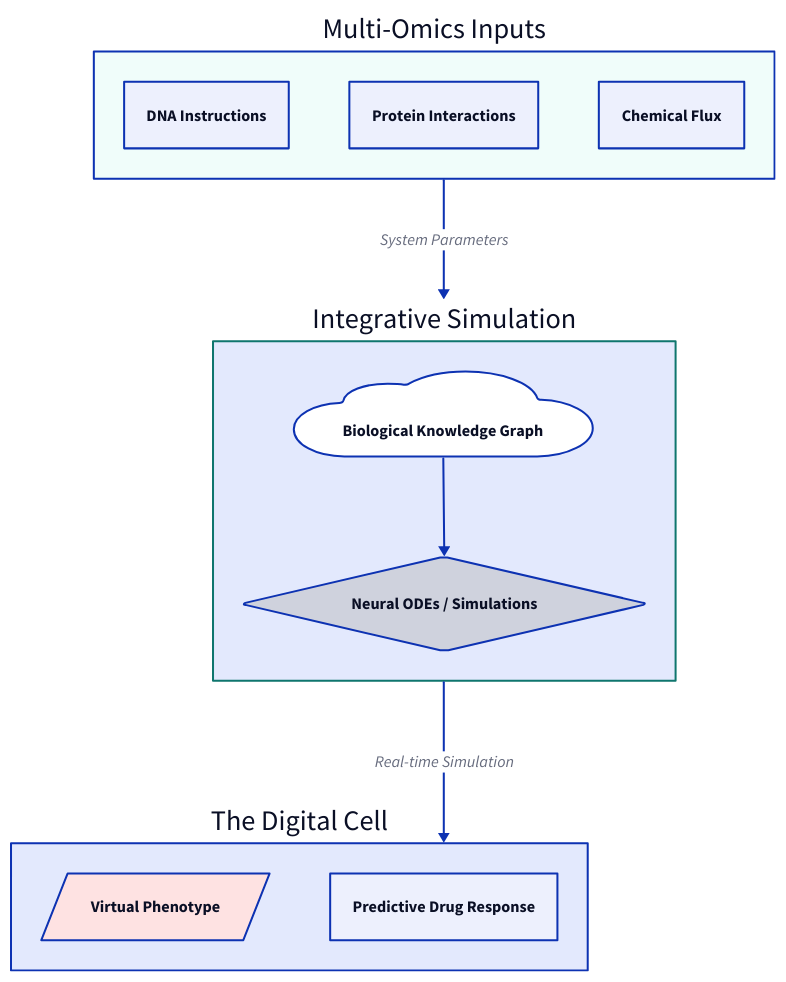
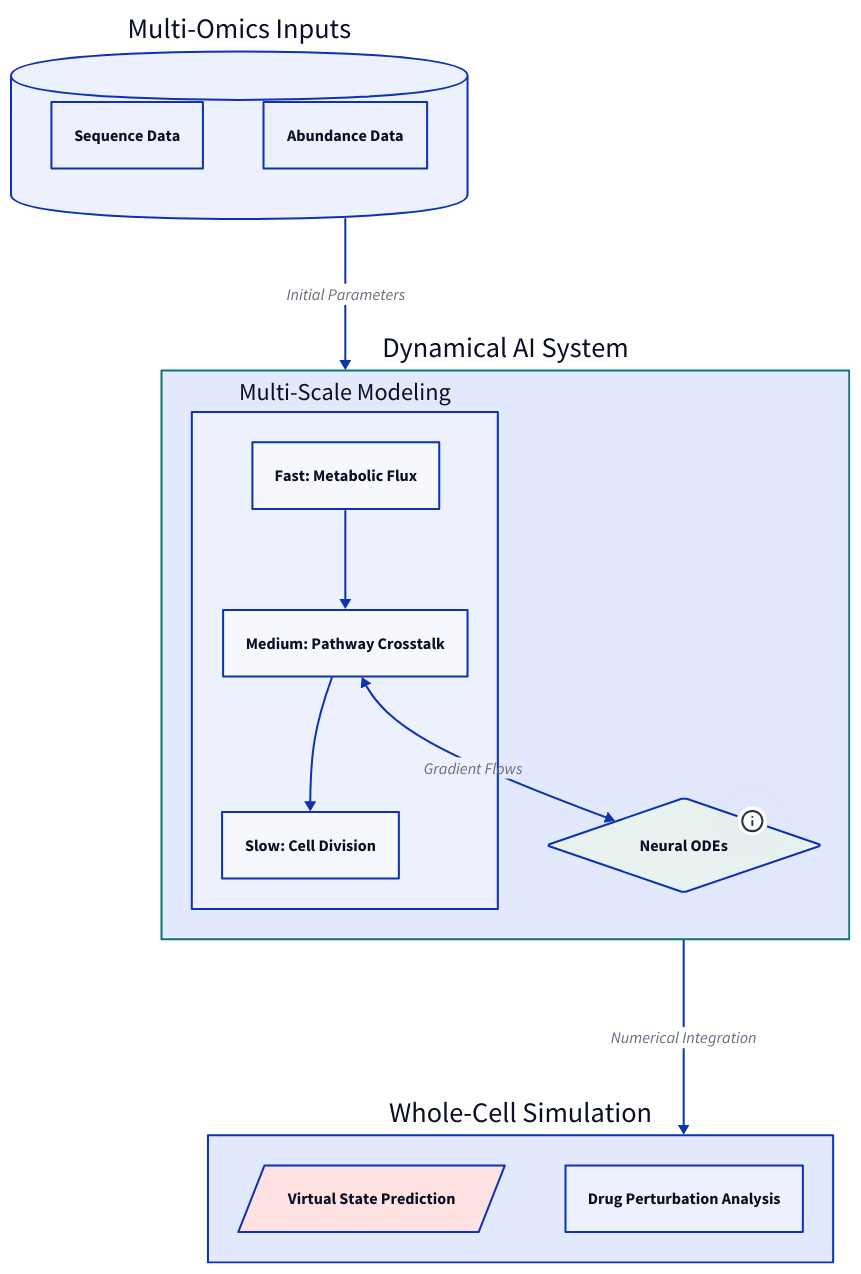
One commit to s-chudmunge/eulerfold changed the diagram in content/articles/how-is-ai-building-a-digital-twin-of-the-cell.md. Above: the diagram before and after it, drawn with D2. The commit also changed 45 other files, not shown here.

````diff
--- a/content/articles/how-is-ai-building-a-digital-twin-of-the-cell.md
+++ b/content/articles/how-is-ai-building-a-digital-twin-of-the-cell.md
@@ -29,32 +29,42 @@
 ```d2
 direction: down
 
-Data: "Multi-Omics Inputs" {
-  Genomics: "DNA Instructions"
-  Proteomics: "Protein Interactions"
-  Metabolomics: "Chemical Flux"
-  style: { fill: "#f0fdfa" }
+MultiOmics: "Multi-Omics Inputs" {
+  shape: cylinder
+  Genomics: "Sequence Data"
+  Proteomics: "Abundance Data"
 }
 
-AI_Engine: "Integrative Simulation" {
-  style: { stroke: "#0f766e"; stroke-width: 2 }
-  Graph: "Biological Knowledge Graph" {
-    shape: cloud
+Simulation_Engine: "Dynamical AI System" {
+  style: {
+    stroke: "#0f766e"
+    stroke-width: 2
   }
-  Dynamics: "Neural ODEs / Simulations" {
+
+  Scales: "Multi-Scale Modeling" {
+    Molecular: "Fast: Metabolic Flux"
+    Signaling: "Medium: Pathway Crosstalk"
+    Cellular: "Slow: Cell Division"
+    Molecular -> Signaling -> Cellular
+  }
+
+  ODE_Solver: "Neural ODEs" {
     shape: diamond
+    style: {fill: "#e8f2f1"}
+    tooltip: "Predicting Continuous State Changes"
   }
-  Graph -> Dynamics
+
+  Scales.Signaling <-> ODE_Solver: "Gradient Flows"
 }
 
-Twin: "The Digital Cell" {
-  State: "Virtual Phenotype" {
+DigitalTwin: "Whole-Cell Simulation" {
+  Phenotype: "Virtual State Prediction" {
     shape: parallelogram
-    style: { fill: "#fee2e2" }
+    style: {fill: "#fee2e2"}
   }
-  Response: "Predictive Drug Response"
+  InSilico: "Drug Perturbation Analysis"
 }
 
-Data -> AI_Engine: "System Parameters"
-AI_Engine -> Twin: "Real-time Simulation"
+MultiOmics -> Simulation_Engine: "Initial Parameters"
+Simulation_Engine -> DigitalTwin: "Numerical Integration"
 ```
````
